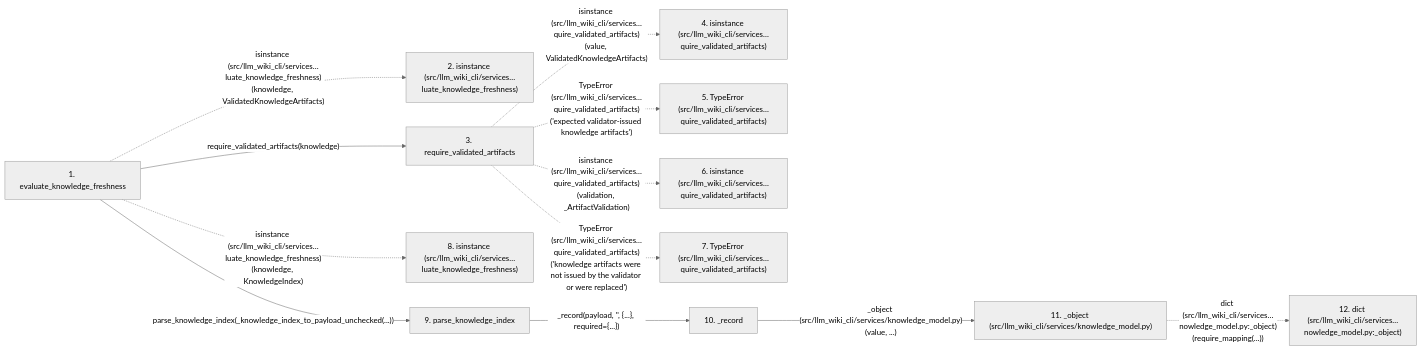
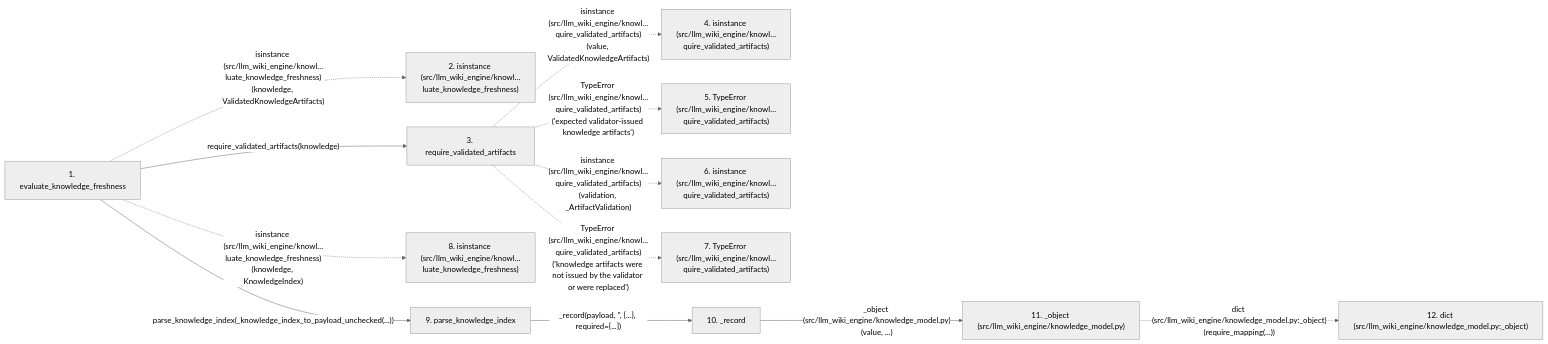
The second of 2 diagrams in docs/llm_wiki/flows/api-evaluate_knowledge_freshness.md (Denissvgn/python-wiki-llm), drawn with Mermaid (neutral theme) before and after one commit. The commit also changed other lines of this file and 1058 other files, not shown here.

First line of the commit message:
docs: refresh the wiki for the knowledge store move

````diff
--- a/docs/llm_wiki/flows/api-evaluate_knowledge_freshness.md
+++ b/docs/llm_wiki/flows/api-evaluate_knowledge_freshness.md
@@ -151,31 +150,31 @@
 ```mermaid
 flowchart LR
     s1["1. evaluate_knowledge_freshness"]
-    s2["2. isinstance (src/llm_wiki_cli/services…luate_knowledge_freshness)"]
+    s2["2. isinstance (src/llm_wiki_engine/knowl…luate_knowledge_freshness)"]
     s3["3. require_validated_artifacts"]
-    s4["4. isinstance (src/llm_wiki_cli/services…quire_validated_artifacts)"]
-    s5["5. TypeError (src/llm_wiki_cli/services…quire_validated_artifacts)"]
-    s6["6. isinstance (src/llm_wiki_cli/services…quire_validated_artifacts)"]
-    s7["7. TypeError (src/llm_wiki_cli/services…quire_validated_artifacts)"]
-    s8["8. isinstance (src/llm_wiki_cli/services…luate_knowledge_freshness)"]
+    s4["4. isinstance (src/llm_wiki_engine/knowl…quire_validated_artifacts)"]
+    s5["5. TypeError (src/llm_wiki_engine/knowl…quire_validated_artifacts)"]
+    s6["6. isinstance (src/llm_wiki_engine/knowl…quire_validated_artifacts)"]
+    s7["7. TypeError (src/llm_wiki_engine/knowl…quire_validated_artifacts)"]
+    s8["8. isinstance (src/llm_wiki_engine/knowl…luate_knowledge_freshness)"]
     s9["9. parse_knowledge_index"]
     s10["10. _record"]
-    s11["11. _object (src/llm_wiki_cli/services/knowledge_model.py)"]
-    s12["12. dict (src/llm_wiki_cli/services…nowledge_model.py:_object)"]
-    s1 -. "isinstance (src/llm_wiki_cli/services…luate_knowledge_freshness)(knowledge, ValidatedKnowledgeArtifacts)" .-> s2
+    s11["11. _object (src/llm_wiki_engine/knowledge_model.py)"]
+    s12["12. dict (src/llm_wiki_engine/knowledge_model.py:_object)"]
+    s1 -. "isinstance (src/llm_wiki_engine/knowl…luate_knowledge_freshness)(knowledge, ValidatedKnowledgeArtifacts)" .-> s2
     s1 -->|"require_validated_artifacts(knowledge)"| s3
-    s3 -. "isinstance (src/llm_wiki_cli/services…quire_validated_artifacts)(value, ValidatedKnowledgeArtifacts)" .-> s4
-    s3 -. "TypeError (src/llm_wiki_cli/services…quire_validated_artifacts)('expected validator-issued knowledge artifacts')" .-> s5
-    s3 -. "isinstance (src/llm_wiki_cli/services…quire_validated_artifacts)(validation, _ArtifactValidation)" .-> s6
-    s3 -. "TypeError (src/llm_wiki_cli/services…quire_validated_artifacts)('knowledge artifacts were not issued by the validator or were replaced')" .-> s7
-    s1 -. "isinstance (src/llm_wiki_cli/services…luate_knowledge_freshness)(knowledge, KnowledgeIndex)" .-> s8
+    s3 -. "isinstance (src/llm_wiki_engine/knowl…quire_validated_artifacts)(value, ValidatedKnowledgeArtifacts)" .-> s4
+    s3 -. "TypeError (src/llm_wiki_engine/knowl…quire_validated_artifacts)('expected validator-issued knowledge artifacts')" .-> s5
+    s3 -. "isinstance (src/llm_wiki_engine/knowl…quire_validated_artifacts)(validation, _ArtifactValidation)" .-> s6
+    s3 -. "TypeError (src/llm_wiki_engine/knowl…quire_validated_artifacts)('knowledge artifacts were not issued by the validator or were replaced')" .-> s7
+    s1 -. "isinstance (src/llm_wiki_engine/knowl…luate_knowledge_freshness)(knowledge, KnowledgeIndex)" .-> s8
     s1 -->|"parse_knowledge_index(_knowledge_index_to_payload_unchecked(...))"| s9
     s9 -->|"_record(payload, '', {...}, required={...})"| s10
-    s10 -->|"_object (src/llm_wiki_cli/services/knowledge_model.py)(value, ...)"| s11
-    s11 -. "dict (src/llm_wiki_cli/services…nowledge_model.py:_object)(require_mapping(...))" .-> s12
+    s10 -->|"_object (src/llm_wiki_engine/knowledge_model.py)(value, ...)"| s11
+    s11 -. "dict (src/llm_wiki_engine/knowledge_model.py:_object)(require_mapping(...))" .-> s12
     click s1 "../modules/knowledge_freshness.md"
     click s3 "../modules/knowledge_artifacts.md"
     click s9 "../modules/knowledge_model.md"
     click s10 "../modules/knowledge_model.md"
     click s11 "../modules/knowledge_model.md"
 ```
````
